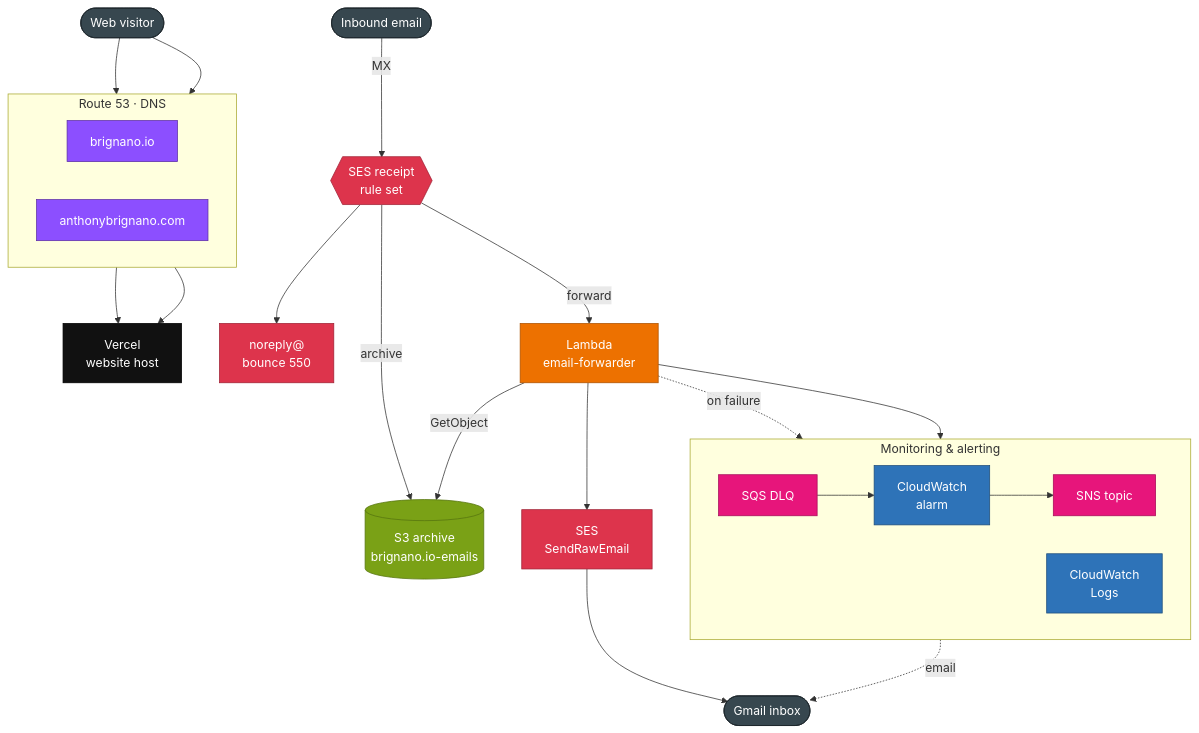
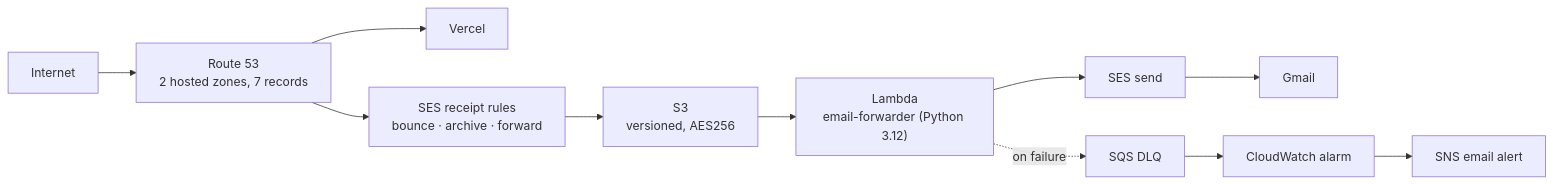
The second of 2 diagrams in docs/architecture.md (brignano/aws), drawn with Mermaid before and after one commit. The commit also changed other lines of this file and 10 other files, not shown here.

First line of the commit message:
chore: decommission AWS DNS and email stack (Phase 3)

````diff
--- a/docs/architecture.md
+++ b/docs/architecture.md
@@ -12,49 +52,10 @@
 ```mermaid
-flowchart TB
-    Visitor([Web visitor]):::ext
-    Sender([Inbound email]):::ext
-    Gmail([Gmail inbox]):::ext
-
-    subgraph DNS["Route 53 · DNS"]
-        direction LR
-        ZoneP["brignano.io"]:::dns
-        ZoneB["anthonybrignano.com"]:::dns
-    end
-
-    Vercel["Vercel<br/>website host"]:::vercel
-
-    RuleSet{{"SES receipt<br/>rule set"}}:::ses
-    RNoreply["noreply@<br/>bounce 550"]:::ses
-    SESsend["SES<br/>SendRawEmail"]:::ses
-    S3[("S3 archive<br/>brignano.io-emails")]:::s3
-    Lambda["Lambda<br/>email-forwarder"]:::lambda
-
-    subgraph MON["Monitoring & alerting"]
-        direction LR
-        DLQ["SQS DLQ"]:::integ
-        Alarm["CloudWatch<br/>alarm"]:::mon
-        SNS["SNS topic"]:::integ
-        Logs["CloudWatch<br/>Logs"]:::mon
-    end
-
-    Visitor --> ZoneP --> Vercel
-    Visitor --> ZoneB --> Vercel
-
-    Sender -->|MX| RuleSet
-    RuleSet --> RNoreply
-    RuleSet -->|archive| S3
-    RuleSet -->|forward| Lambda
-    Lambda -->|GetObject| S3
-    Lambda --> SESsend --> Gmail
-    Lambda -.->|on failure| DLQ --> Alarm --> SNS -.->|email| Gmail
-    Lambda --> Logs
-
-    classDef ext fill:#37474F,stroke:#1C262B,color:#fff
-    classDef vercel fill:#111111,stroke:#000000,color:#fff
-    classDef dns fill:#8C4FFF,stroke:#5E30A6,color:#fff
-    classDef ses fill:#DD344C,stroke:#A12235,color:#fff
-    classDef s3 fill:#7AA116,stroke:#56750F,color:#fff
-    classDef lambda fill:#ED7100,stroke:#AD5300,color:#fff
-    classDef integ fill:#E7157B,stroke:#A60E59,color:#fff
-    classDef mon fill:#2E73B8,stroke:#1E4D7B,color:#fff
+graph LR
+  I["Internet"] --> R53["Route 53<br/>2 hosted zones, 7 records"]
+  R53 --> V["Vercel"]
+  R53 --> SES["SES receipt rules<br/>bounce · archive · forward"]
+  SES --> S3["S3<br/>versioned, AES256"]
+  S3 --> L["Lambda<br/>email-forwarder (Python 3.12)"]
+  L --> SES2["SES send"] --> G["Gmail"]
+  L -.->|on failure| DLQ["SQS DLQ"] --> CW["CloudWatch alarm"] --> SNS["SNS email alert"]
 ```
````
